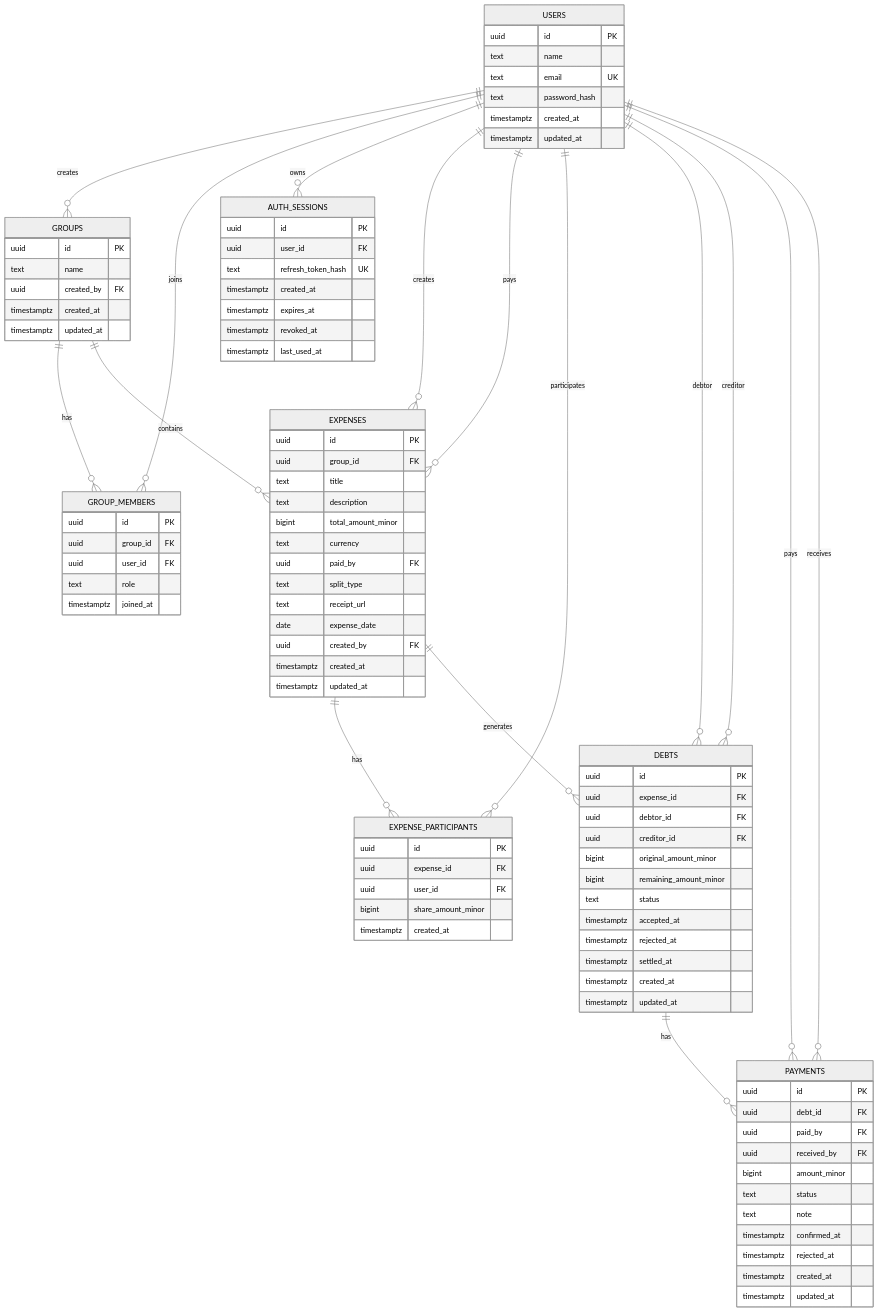
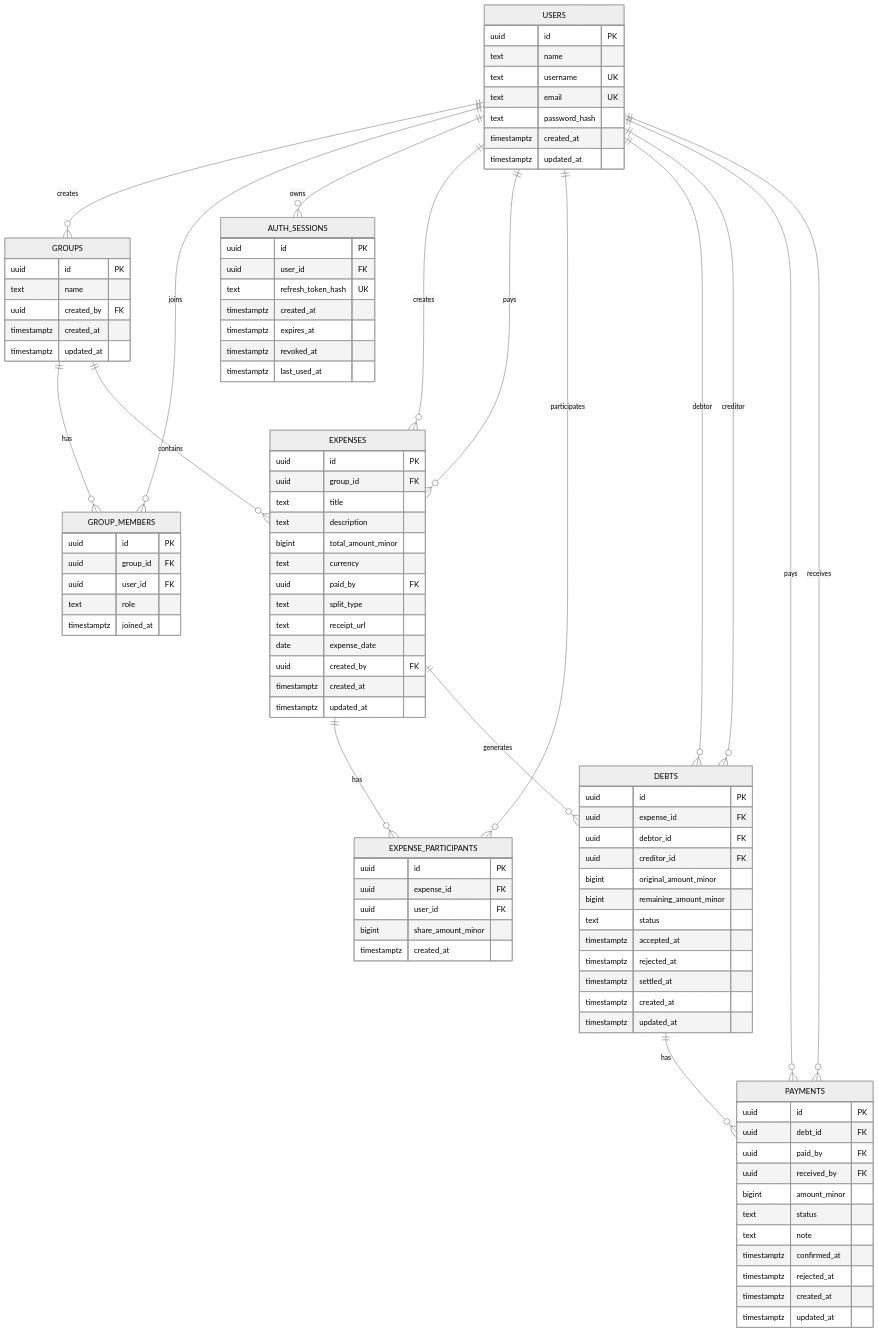
Before and after one commit to may-low-a-kyway-pay/mlakp-backend: the diagram in docs/ERD.md, drawn with Mermaid (neutral theme). The commit also changed other lines of this file and 29 other files, not shown here.

```diff
--- a/docs/ERD.md
+++ b/docs/ERD.md
@@ -38,6 +38,7 @@
     USERS {
         uuid id PK
         text name
+        text username UK
         text email UK
         text password_hash
         timestamptz created_at
```
